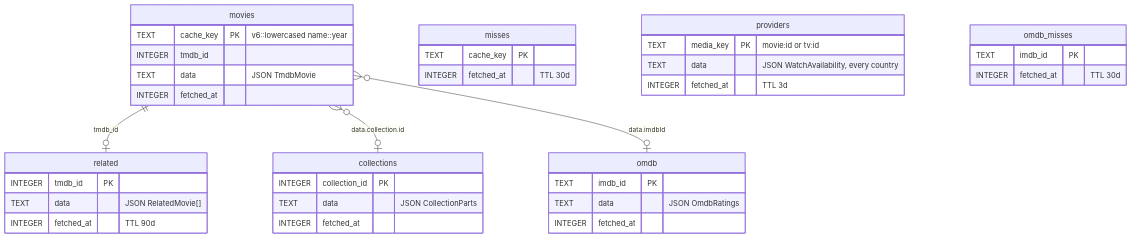
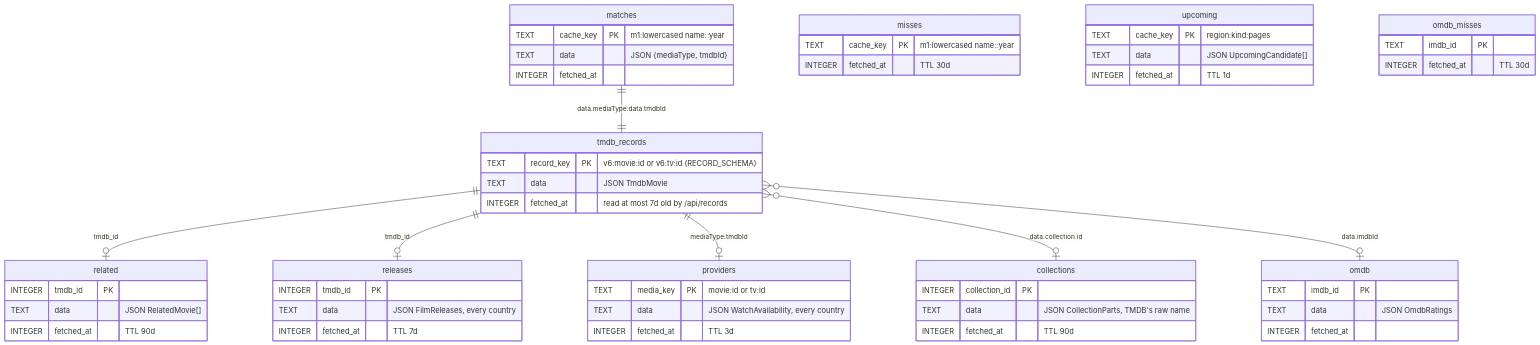
The eighth of 26 diagrams in docs/ARCHITECTURE.md (LaurinSorgend/letterboxd-vizard), drawn with Mermaid before and after one commit. The commit also changed other lines of this file and 319 other files, not shown here.

Commit message:
Untangle the codebase: shared film/api/year modules, per-section dashboard, generic server caches

````diff
--- a/docs/ARCHITECTURE.md
+++ b/docs/ARCHITECTURE.md
@@ -377,40 +451,57 @@
 ```mermaid
 erDiagram
-    movies {
-        TEXT cache_key PK "v6::lowercased name::year"
-        INTEGER tmdb_id
-        TEXT data "JSON TmdbMovie"
+    matches {
+        TEXT cache_key PK "m1:lowercased name::year"
+        TEXT data "JSON {mediaType, tmdbId}"
         INTEGER fetched_at
     }
     misses {
-        TEXT cache_key PK
+        TEXT cache_key PK "m1:lowercased name::year"
         INTEGER fetched_at "TTL 30d"
+    }
+    tmdb_records {
+        TEXT record_key PK "v6:movie:id or v6:tv:id (RECORD_SCHEMA)"
+        TEXT data "JSON TmdbMovie"
+        INTEGER fetched_at "read at most 7d old by /api/records"
     }
     related {
         INTEGER tmdb_id PK
         TEXT data "JSON RelatedMovie[]"
         INTEGER fetched_at "TTL 90d"
     }
     collections {
         INTEGER collection_id PK
-        TEXT data "JSON CollectionParts"
-        INTEGER fetched_at
+        TEXT data "JSON CollectionParts, TMDB's raw name"
+        INTEGER fetched_at "TTL 90d"
     }
     providers {
         TEXT media_key PK "movie:id or tv:id"
         TEXT data "JSON WatchAvailability, every country"
         INTEGER fetched_at "TTL 3d"
+    }
+    releases {
+        INTEGER tmdb_id PK
+        TEXT data "JSON FilmReleases, every country"
+        INTEGER fetched_at "TTL 7d"
+    }
+    upcoming {
+        TEXT cache_key PK "region:kind:pages"
+        TEXT data "JSON UpcomingCandidate[]"
+        INTEGER fetched_at "TTL 1d"
     }
     omdb {
         TEXT imdb_id PK
         TEXT data "JSON OmdbRatings"
         INTEGER fetched_at
     }
     omdb_misses {
         TEXT imdb_id PK
         INTEGER fetched_at "TTL 30d"
     }
-    movies ||--o| related : "tmdb_id"
-    movies }o--o| collections : "data.collection.id"
-    movies }o--o| omdb : "data.imdbId"
+    matches ||--|| tmdb_records : "data.mediaType:data.tmdbId"
+    tmdb_records ||--o| related : "tmdb_id"
+    tmdb_records ||--o| releases : "tmdb_id"
+    tmdb_records ||--o| providers : "mediaType:tmdbId"
+    tmdb_records }o--o| collections : "data.collection.id"
+    tmdb_records }o--o| omdb : "data.imdbId"
 ```
````
